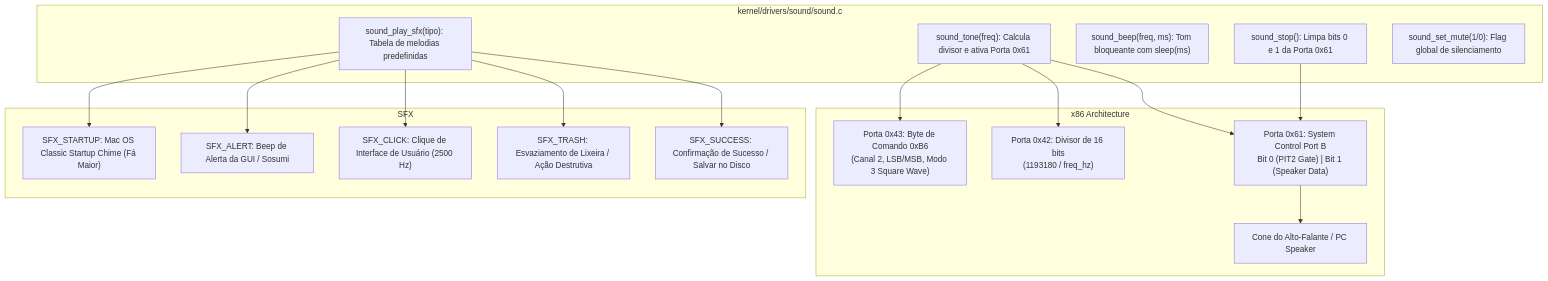
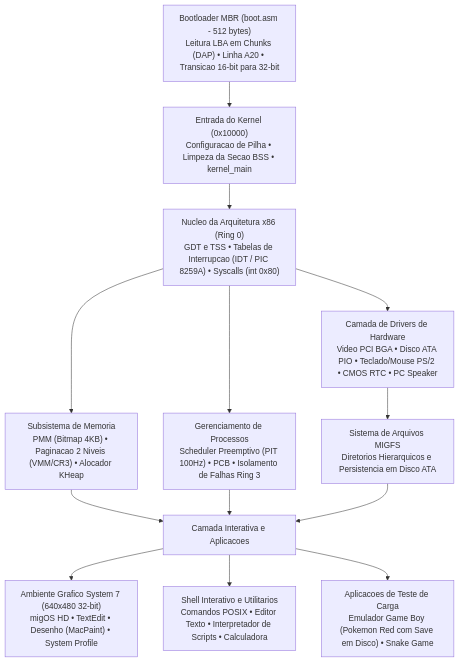
The diagram in README.md (miguelGoncalvss/MigSO), drawn with Mermaid before and after one commit. The commit also changed other lines of this file and 30 other files, not shown here.

Commit message:
Atualizacao do README.md para apresentacao academica | Multitarefa preemptiva, paginacao VMM, Ring 3, Syscalls e app Desenho

````diff
--- a/README.md
+++ b/README.md
@@ -799,37 +70,18 @@
 ```mermaid
 flowchart TD
-    subgraph Hardware de Temporização e Som [x86 Architecture]
-        PIT_CMD["Porta 0x43: Byte de Comando 0xB6<br/>(Canal 2, LSB/MSB, Modo 3 Square Wave)"]
-        PIT_DAT["Porta 0x42: Divisor de 16 bits<br/>(1193180 / freq_hz)"]
-        PORT_61["Porta 0x61: System Control Port B<br/>Bit 0 (PIT2 Gate) | Bit 1 (Speaker Data)"]
-        SPEAKER["Cone do Alto-Falante / PC Speaker"]
-    end
-
-    subgraph Driver de Áudio migOS [kernel/drivers/sound/sound.c]
-        TONE["sound_tone(freq): Calcula divisor e ativa Porta 0x61"]
-        STOP["sound_stop(): Limpa bits 0 e 1 da Porta 0x61"]
-        BEEP["sound_beep(freq, ms): Tom bloqueante com sleep(ms)"]
-        SFX["sound_play_sfx(tipo): Tabela de melodias predefinidas"]
-        MUTE["sound_set_mute(1/0): Flag global de silenciamento"]
-    end
-
-    subgraph Efeitos Sonoros Integrados [SFX]
-        S1["SFX_STARTUP: Mac OS Classic Startup Chime (Fá Maior)"]
-        S2["SFX_ALERT: Beep de Alerta da GUI / Sosumi"]
-        S3["SFX_CLICK: Clique de Interface de Usuário (2500 Hz)"]
-        S4["SFX_TRASH: Esvaziamento de Lixeira / Ação Destrutiva"]
-        S5["SFX_SUCCESS: Confirmação de Sucesso / Salvar no Disco"]
-    end
-
-    TONE --> PIT_CMD
-    TONE --> PIT_DAT
-    TONE --> PORT_61
-    STOP --> PORT_61
-    PORT_61 --> SPEAKER
-
-    SFX --> S1
-    SFX --> S2
-    SFX --> S3
-    SFX --> S4
-    SFX --> S5
+    Boot["Bootloader MBR (boot.asm - 512 bytes)<br/>Leitura LBA em Chunks (DAP) • Linha A20 • Transicao 16-bit para 32-bit"] --> Entry["Entrada do Kernel (0x10000)<br/>Configuracao de Pilha • Limpeza da Secao BSS • kernel_main"]
+    
+    Entry --> Core["Nucleo da Arquitetura x86 (Ring 0)<br/>GDT e TSS • Tabelas de Interrupcao (IDT / PIC 8259A) • Syscalls (int 0x80)"]
+    
+    Core --> Mem["Subsistema de Memoria<br/>PMM (Bitmap 4KB) • Paginacao 2 Niveis (VMM/CR3) • Alocador KHeap"]
+    Core --> Sched["Gerenciamento de Processos<br/>Scheduler Preemptivo (PIT 100Hz) • PCB • Isolamento de Falhas Ring 3"]
+    Core --> Hal["Camada de Drivers de Hardware<br/>Video PCI BGA • Disco ATA PIO • Teclado/Mouse PS/2 • CMOS RTC • PC Speaker"]
+    
+    Hal --> FS["Sistema de Arquivos MIGFS<br/>Diretorios Hierarquicos e Persistencia em Disco ATA"]
+    
+    Mem & Sched & FS --> UserSpace["Camada Interativa e Aplicacoes"]
+    
+    UserSpace --> Desktop["Ambiente Grafico System 7 (640x480 32-bit)<br/>migOS HD • TextEdit • Desenho (MacPaint) • System Profile"]
+    UserSpace --> CLI["Shell Interativo e Utilitarios<br/>Comandos POSIX • Editor Texto • Interpretador de Scripts • Calculadora"]
+    UserSpace --> BareMetalApps["Aplicacoes de Teste de Carga<br/>Emulador Game Boy (Pokemon Red com Save em Disco) • Snake Game"]
 ```
````
